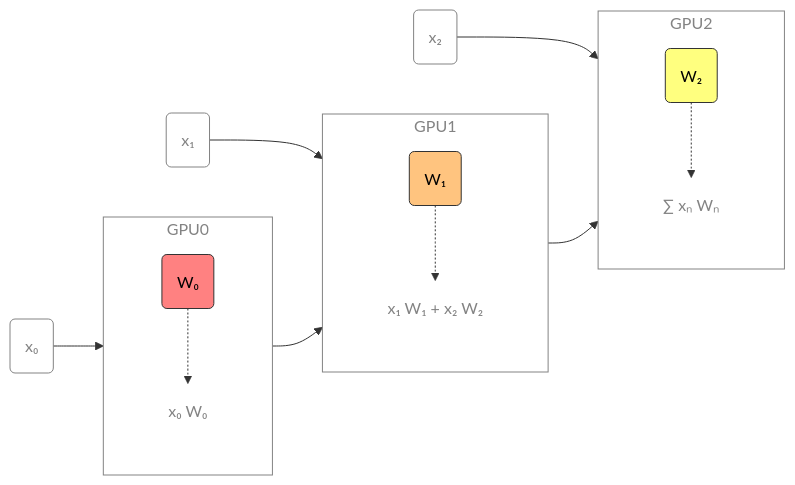
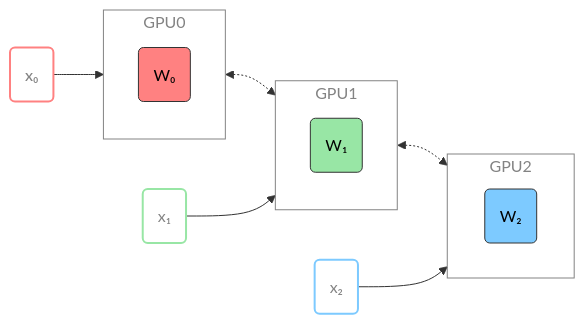
Before and after one commit to saforem2/personal_site: diagram 15 of 16 in docs/talks/ai-for-science-2024/ai-for-science-2024.md, drawn with Mermaid. The commit also changed other lines of this file and 19 other files, not shown here.

````diff
--- a/docs/talks/ai-for-science-2024/ai-for-science-2024.md
+++ b/docs/talks/ai-for-science-2024/ai-for-science-2024.md
@@ -1019,39 +1029,40 @@
 ``` mermaid
 flowchart LR
-  subgraph X0["`GPU0`"]
-    direction TB
-    a("`W₀`")
-    a0["`x₀ W₀`"]
+  subgraph X2["`GPU2`"]
+    direction LR
+    c("`W₂`")
   end
   subgraph X1["`GPU1`"]
     direction TB
     b("`W₁`")
-    b0["`x₁ W₁ + x₂ W₂`"]
   end
-  subgraph X2["`GPU2`"]
-    direction TB
-    c("`W₂`")
-    c0["`∑ xₙ Wₙ`"]
+  subgraph X0["`GPU0`"]
+    a("`W₀`")
   end
-  a0 --> X1
-  b0 --> X2
-  t0("`x₀`") --> a
-  t1("`x₁`") --> b
-  t2("`x₂`") --> c
-  a -.-> a0
-  b -.-> b0
-  c -.-> c0
+  X0 <-.-> X1
+  X1 <-.-> X2
+  t0("`x₀`") --> X0
+  t1("`x₁`") --> X1
+  t2("`x₂`") --> X2
+classDef redText fill:#CCCCCC02,stroke:#FF8181,stroke-width:2px,color:#838383,font-weight:500
+classDef orangeText fill:#CCCCCC02,stroke:#FFC47F,stroke-width:2px,color:#838383
+classDef yellowText fill:#CCCCCC02,stroke:#FFFF7F,stroke-width:2px,color:#838383
+classDef blueText fill:#CCCCCC02,stroke:#7DCAff,stroke-width:2px,color:#838383
+classDef greenText fill:#CCCCCC02,stroke:#98E6A5,stroke-width:2px,color:#838383
 classDef red fill:#ff8181,stroke:#333,stroke-width:1px,color:#000
 classDef orange fill:#FFC47F,stroke:#333,stroke-width:1px,color:#000
 classDef yellow fill:#FFFF7F,stroke:#333,stroke-width:1px,color:#000
 classDef green fill:#98E6A5,stroke:#333,stroke-width:1px,color:#000
 classDef blue fill:#7DCAFF,stroke:#333,stroke-width:1px,color:#000
 classDef purple fill:#FFCBE6,stroke:#333,stroke-width:1px,color:#000
 classDef block fill:#CCCCCC02,stroke:#838383,stroke-width:1px,color:#838383
 classDef text fill:#CCCCCC02,stroke:#838383,stroke-width:0px,color:#838383
 class a, red
-class b, orange
-class c, yellow
-class X0,X1,X2,t0,t1,t2, block
+class b, green
+class c, blue
+class X0,X1,X2, block
+class t0, redText
+class t1, greenText
+class t2, blueText
 class a0,b0,c0, text
 ```
````
